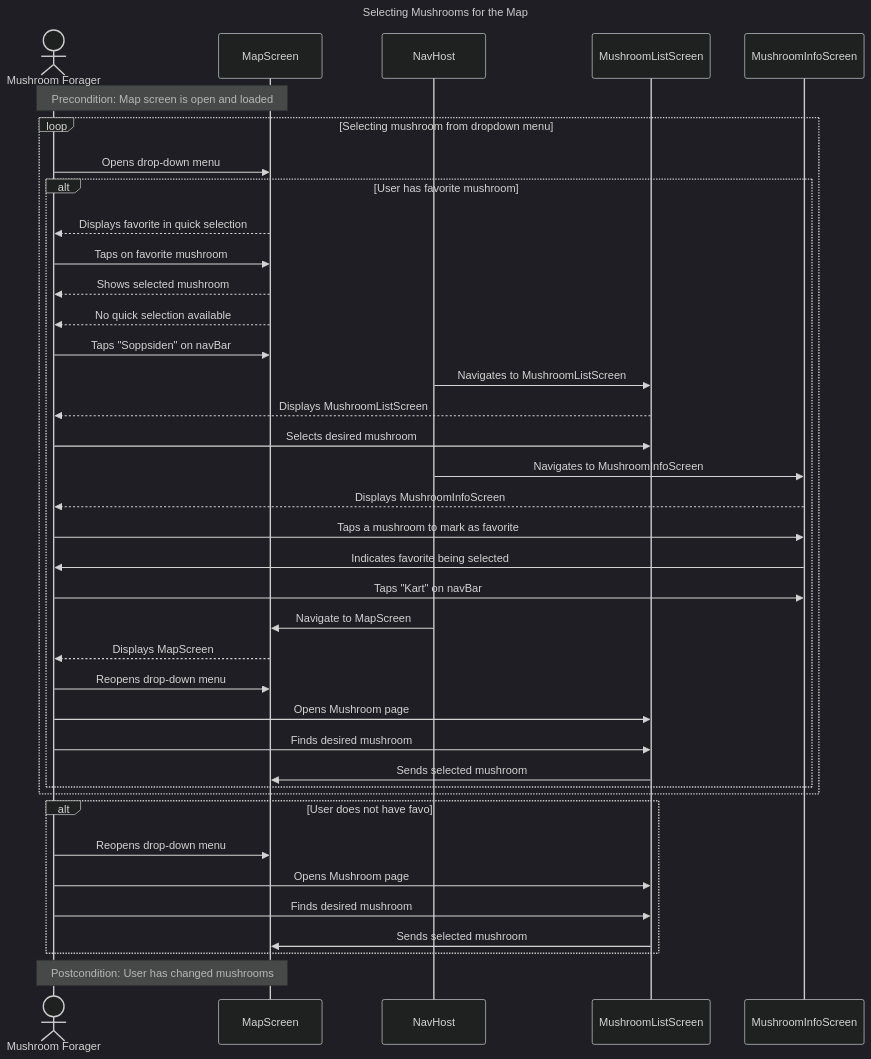
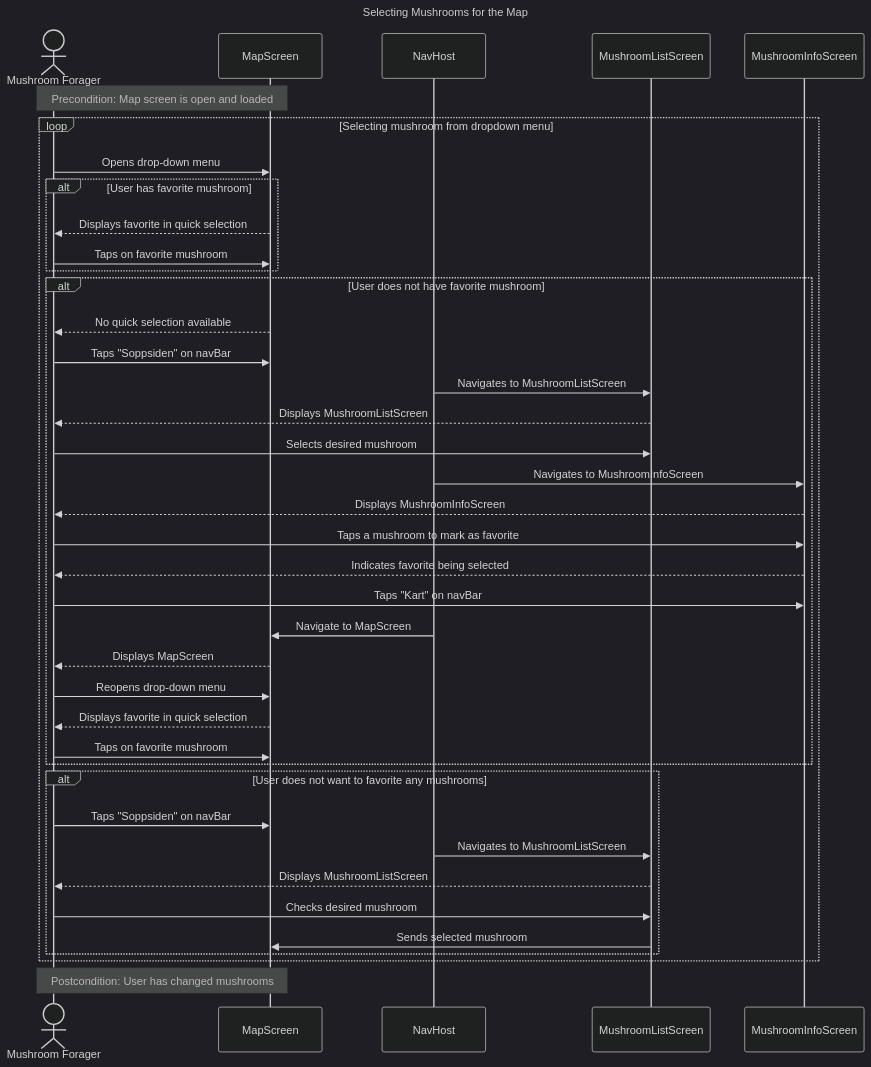
One commit to ipo321/SoppFinnerApp changed the second of 6 diagrams in MODELLING.md. Above: the diagram before and after it, drawn with Mermaid (dark theme). The commit also changed other lines of this file, not shown here.

````diff
--- a/MODELLING.md
+++ b/MODELLING.md
@@ -336,56 +336,59 @@
 ```mermaid
 ---
 config:
   layout: elk
 ---
 sequenceDiagram
 
 
     actor Forager as Mushroom Forager
     participant MS as MapScreen
     participant NH as NavHost
     participant ML as MushroomListScreen
     participant MI as MushroomInfoScreen
     title Selecting Mushrooms for the Map
 
 
     Note over Forager,MS: Precondition: Map screen is open and loaded
     loop Selecting mushroom from dropdown menu
         Forager->>MS: Opens drop-down menu
         alt User has favorite mushroom
             MS-->>Forager: Displays favorite in quick selection
             Forager->>MS: Taps on favorite mushroom
-            MS-->>Forager: Shows selected mushroom
-            MS-->>Forager: No quick selection available
+           
+           
+           
+    end
+    alt User does not have favorite mushroom
+         MS-->>Forager: No quick selection available
             Forager->>MS: Taps "Soppsiden" on navBar
             NH->>ML: Navigates to MushroomListScreen
             ML-->>Forager: Displays MushroomListScreen
             Forager->>ML: Selects desired mushroom
             NH->>MI: Navigates to MushroomInfoScreen
             MI-->>Forager: Displays MushroomInfoScreen
 
 
             Forager->>MI: Taps a mushroom to mark as favorite
-            MI->>Forager: Indicates favorite being selected
+            MI-->>Forager: Indicates favorite being selected
             Forager->>MI: Taps "Kart" on navBar
             NH->>MS: Navigate to MapScreen
             MS-->>Forager: Displays MapScreen
+            Forager->>MS: Reopens drop-down menu
+            MS-->>Forager: Displays favorite in quick selection
+            Forager->>MS: Taps on favorite mushroom
 
 
-            Forager->>MS: Reopens drop-down menu
-            Forager->>ML: Opens Mushroom page
-            Forager->>ML: Finds desired mushroom
+    end
+    alt User does not want to favorite any mushrooms
+             Forager->>MS: Taps "Soppsiden" on navBar
+            NH->>ML: Navigates to MushroomListScreen
+            ML-->>Forager: Displays MushroomListScreen
+            Forager->>ML: Checks desired mushroom
             ML->>MS: Sends selected mushroom
-        end
     end
-    alt User does not have favo
-
-
-        Forager->>MS: Reopens drop-down menu
-            Forager->>ML: Opens Mushroom page
-            Forager->>ML: Finds desired mushroom
-            ML->>MS: Sends selected mushroom
     end
 
     Note over Forager,MS: Postcondition: User has changed mushrooms
+
 ```
````
